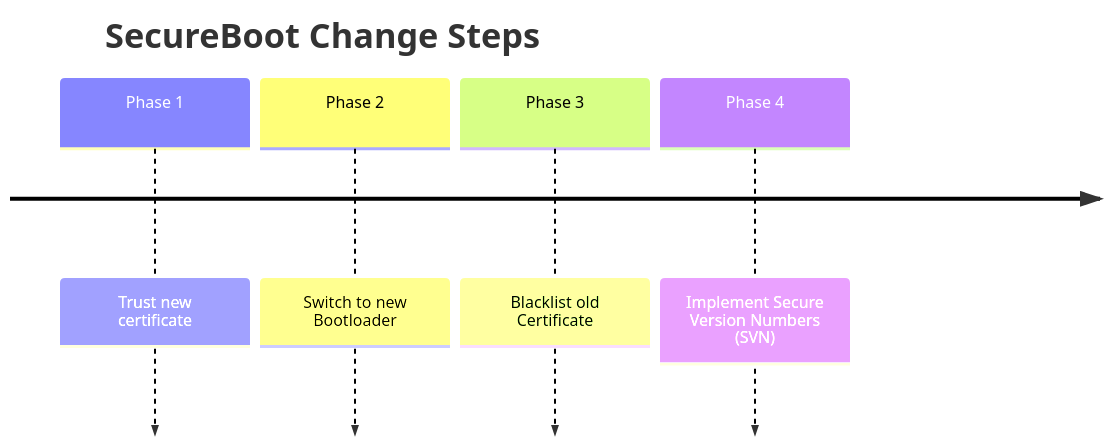
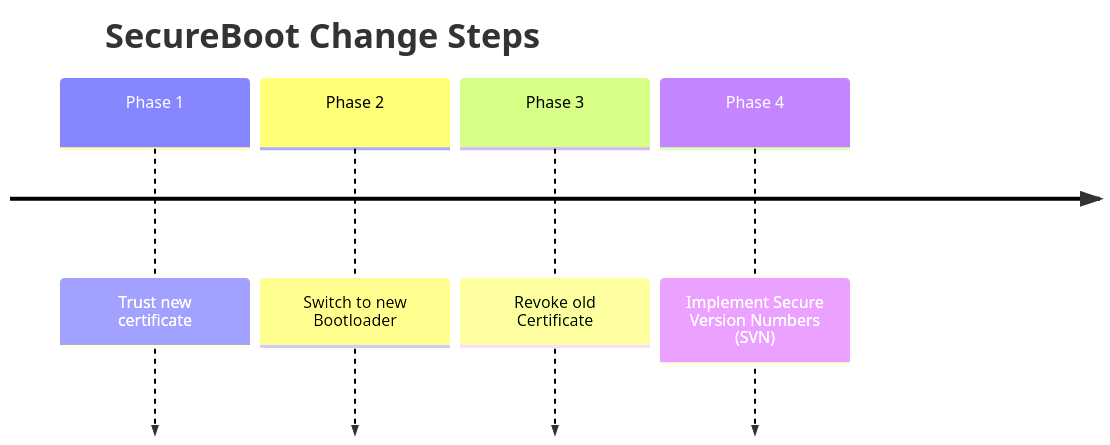
One commit to ElizabethGreene/DevProjects changed the diagram in SecurebootChanges/readme.md. Above: the diagram before and after it, drawn with Mermaid. The commit also changed other lines of this file, not shown here.

````diff
--- a/SecurebootChanges/readme.md
+++ b/SecurebootChanges/readme.md
@@ -44,8 +45,8 @@
 ```mermaid
 timeline
     title SecureBoot Change Steps
     Phase 1 : Trust new certificate
     Phase 2 : Switch to new Bootloader
-    Phase 3 : Blacklist old Certificate
+    Phase 3 : Revoke old Certificate
     Phase 4 : Implement Secure Version Numbers (SVN)
 ```
````
